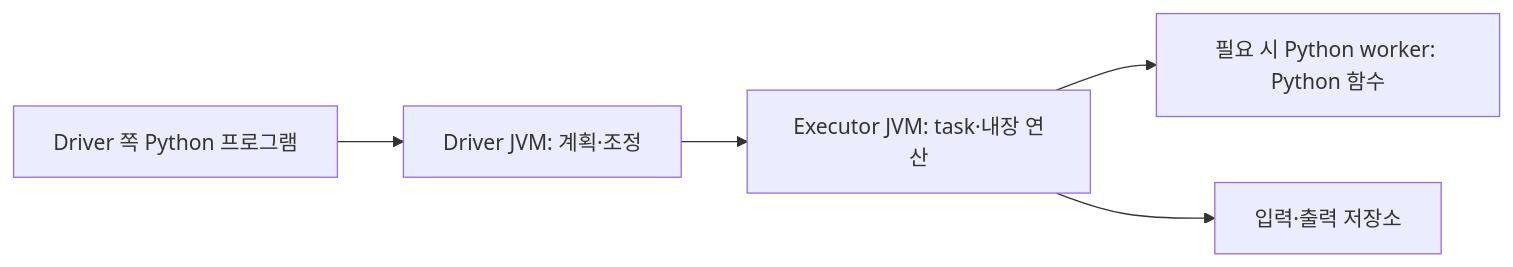
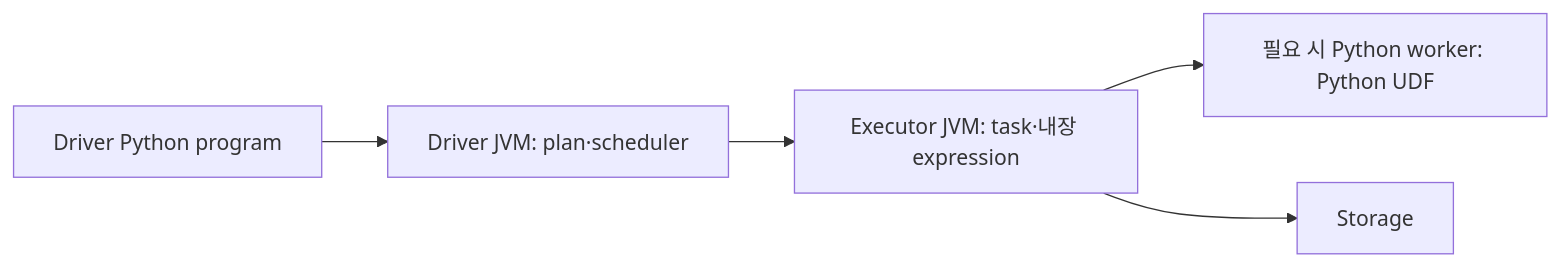
Before and after one commit to mj006648/netai-devsecops-runbook: the second of 2 diagrams in learning/apache-spark/01-driver-executor.md, drawn with Mermaid. The commit also changed other lines of this file and 62 other files, not shown here.

````diff
--- a/learning/apache-spark/01-driver-executor.md
+++ b/learning/apache-spark/01-driver-executor.md
@@ -82,7 +83,7 @@
 ```mermaid
 flowchart LR
-    P["Driver 쪽 Python 프로그램"] --> J["Driver JVM: 계획·조정"]
-    J --> E["Executor JVM: task·내장 연산"]
-    E --> W["필요 시 Python worker: Python 함수"]
-    E --> S["입력·출력 저장소"]
+    P[Driver Python program] --> J[Driver JVM: plan·scheduler]
+    J --> E[Executor JVM: task·내장 expression]
+    E --> W[필요 시 Python worker: Python UDF]
+    E --> S[Storage]
 ```
````
